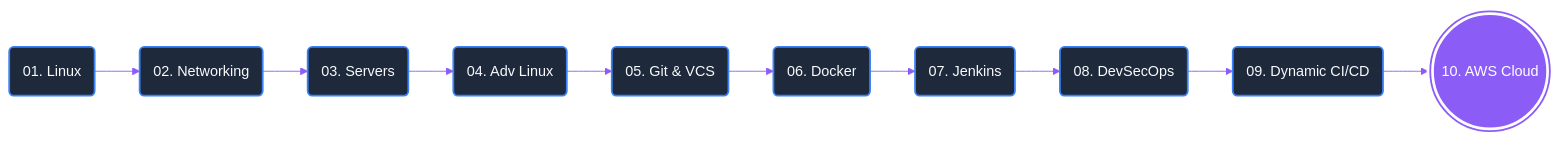
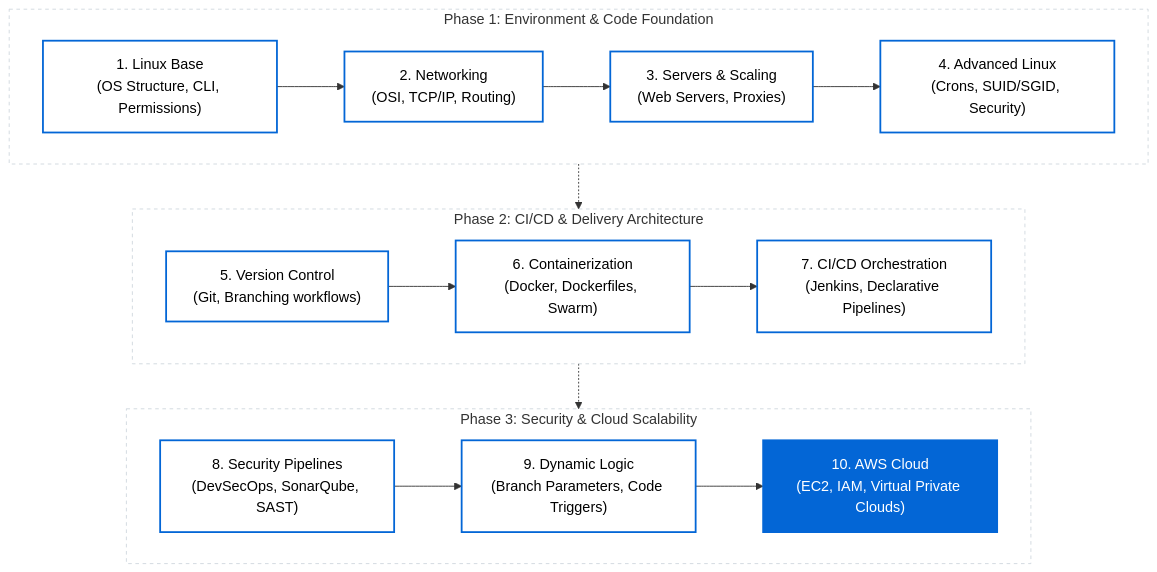
The second of 2 diagrams in README.md (hridyen/DevOps-Survival-Roadmap), drawn with Mermaid before and after one commit. The commit also changed other lines of this file, not shown here.

````diff
--- a/README.md
+++ b/README.md
@@ -89,20 +97,30 @@
 ```mermaid
-%%{init: {'theme': 'base', 'themeVariables': { 'primaryColor': '#1E293B', 'primaryTextColor': '#FFFFFF', 'primaryBorderColor': '#3B82F6', 'lineColor': '#8B5CF6', 'fontFamily': 'sans-serif'}}}%%
-flowchart LR
-    A(01. Linux) --> B(02. Networking)
-    B --> C(03. Servers)
-    C --> D(04. Adv Linux)
+flowchart TD
+    classDef default fill:transparent,stroke:#0366d6,stroke-width:2px,color:inherit;
+    classDef active fill:#0366d6,stroke:#0366d6,stroke-width:2px,color:#ffffff;
+    classDef phase fill:transparent,stroke:#d0d7de,stroke-width:1px,stroke-dasharray: 4 4;
+
+    subgraph P1 [Phase 1: Environment & Code Foundation]
+        A["1. Linux Base<br/>(OS Structure, CLI, Permissions)"] --> 
+        B["2. Networking<br/>(OSI, TCP/IP, Routing)"] --> 
+        C["3. Servers & Scaling<br/>(Web Servers, Proxies)"] --> 
+        D["4. Advanced Linux<br/>(Crons, SUID/SGID, Security)"]
+    end
+
+    subgraph P2 [Phase 2: CI/CD & Delivery Architecture]
+        E["5. Version Control<br/>(Git, Branching workflows)"] --> 
+        F["6. Containerization<br/>(Docker, Dockerfiles, Swarm)"] --> 
+        G["7. CI/CD Orchestration<br/>(Jenkins, Declarative Pipelines)"]
+    end
+
+    subgraph P3 [Phase 3: Security & Cloud Scalability]
+        H["8. Security Pipelines<br/>(DevSecOps, SonarQube, SAST)"] --> 
+        I["9. Dynamic Logic<br/>(Branch Parameters, Code Triggers)"] --> 
+        J["10. AWS Cloud<br/>(EC2, IAM, Virtual Private Clouds)"]:::active
+    end
+
+    P1 -.-> P2
+    P2 -.-> P3
     
-    D --> E(05. Git & VCS)
-    E --> F(06. Docker)
-    F --> G(07. Jenkins)
-    
-    G --> H(08. DevSecOps)
-    H --> I(09. Dynamic CI/CD)
-    I --> J(((10. AWS Cloud)))
-
-    classDef default fill:#1E293B,stroke:#3B82F6,stroke-width:2px,color:#F8FAFC,rx:5px,ry:5px;
-    classDef active fill:#8B5CF6,stroke:#FFFFFF,stroke-width:3px,color:#FFFFFF,rx:5px,ry:5px;
-    
-    class J active;
+    class P1,P2,P3 phase;
 ```
````
